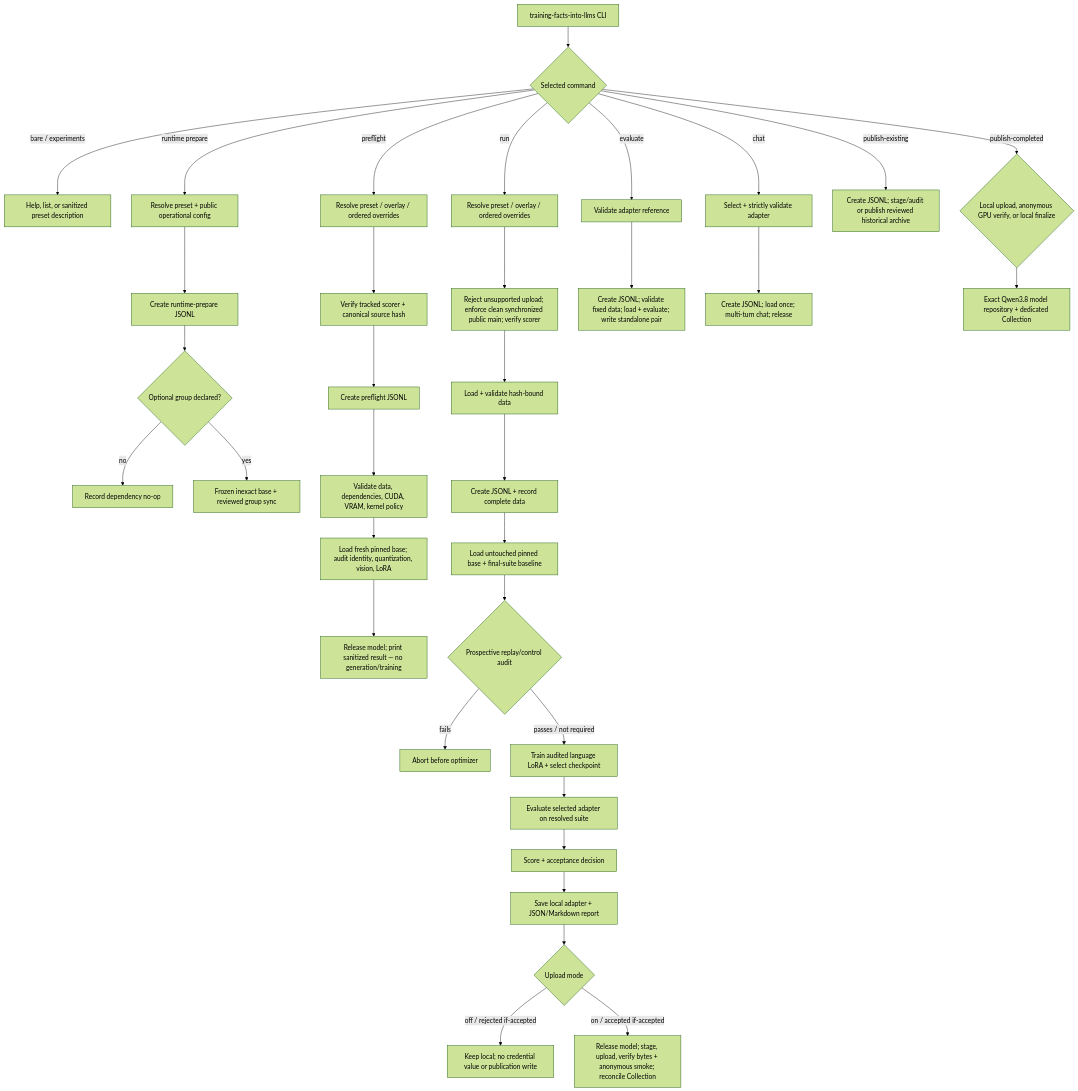
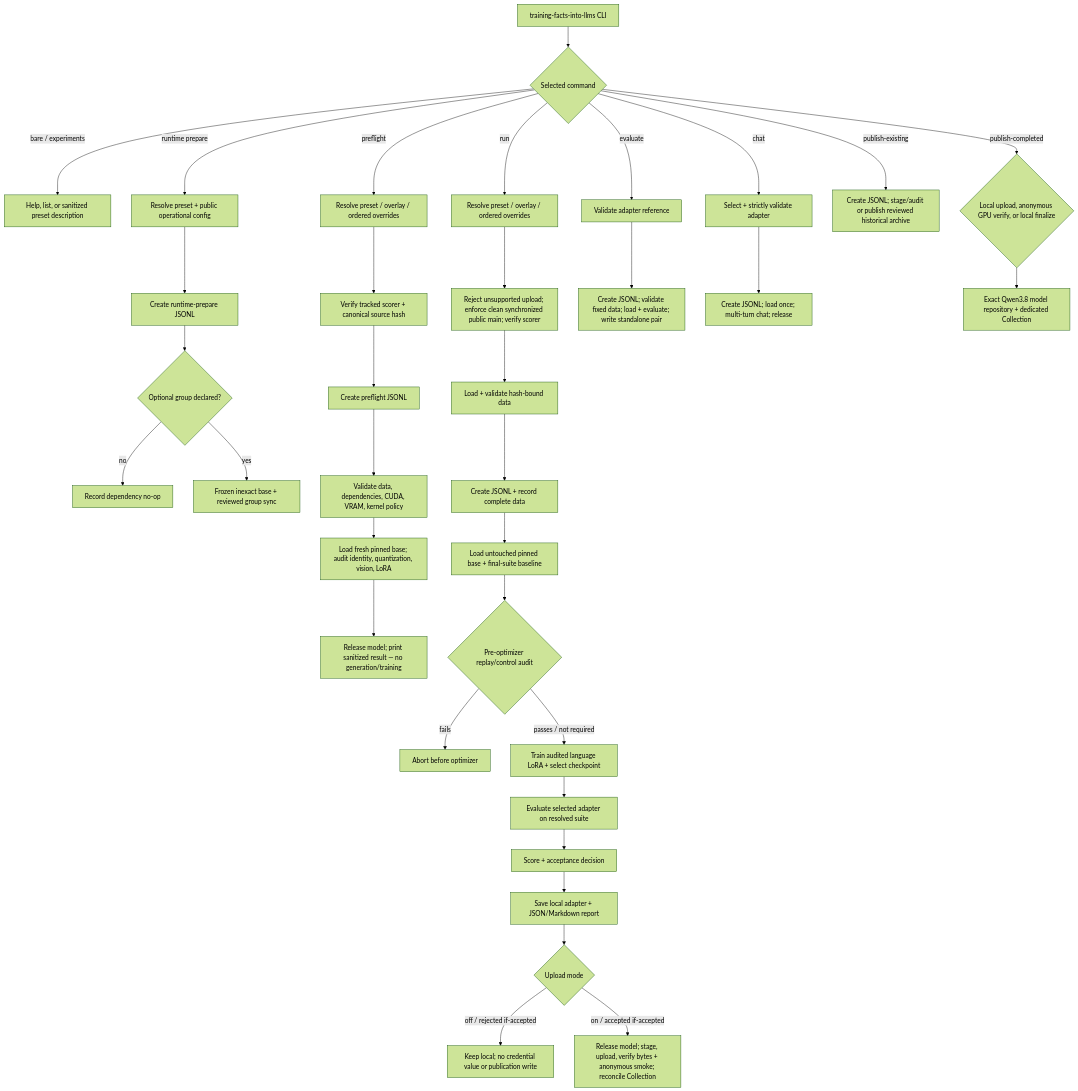
Before and after one commit to BurnyCoder/training-facts-into-llms: the diagram in README.md, drawn with Mermaid (forest theme). The commit also changed other lines of this file and 5 other files, not shown here.

````diff
--- a/README.md
+++ b/README.md
@@ -97,40 +97,40 @@
 ```mermaid
 flowchart TD
     CLI["training-facts-into-llms CLI"] --> KIND{"Selected command"}
     KIND -->|"bare / experiments"| DISC["Help, list, or sanitized preset description"]
     KIND -->|"runtime prepare"| RCFG["Resolve preset + public operational config"]
     RCFG --> RLOG["Create runtime-prepare JSONL"]
     RLOG --> RSYNC{"Optional group declared?"}
     RSYNC -->|"no"| RNOOP["Record dependency no-op"]
     RSYNC -->|"yes"| UVSYNC["Frozen inexact base + reviewed group sync"]
 
     KIND -->|"preflight"| PCFG["Resolve preset / overlay / ordered overrides"]
     PCFG --> PPLUGIN["Verify tracked scorer + canonical source hash"]
     PPLUGIN --> PLOG["Create preflight JSONL"]
     PLOG --> PCHECK["Validate data, dependencies, CUDA, VRAM, kernel policy"]
     PCHECK --> PMODEL["Load fresh pinned base; audit identity, quantization, vision, LoRA"]
     PMODEL --> PRELEASE["Release model; print sanitized result — no generation/training"]
 
     KIND -->|"run"| CFG["Resolve preset / overlay / ordered overrides"]
     CFG --> GATE["Reject unsupported upload; enforce clean synchronized public main; verify scorer"]
     GATE --> DATA["Load + validate hash-bound data"]
     DATA --> RUNLOG["Create JSONL + record complete data"]
     RUNLOG --> BASE["Load untouched pinned base + final-suite baseline"]
-    BASE --> AUDIT{"Prospective replay/control audit"}
+    BASE --> AUDIT{"Pre-optimizer replay/control audit"}
     AUDIT -->|"fails"| ABORT["Abort before optimizer"]
     AUDIT -->|"passes / not required"| TRAIN["Train audited language LoRA + select checkpoint"]
     TRAIN --> TUNED["Evaluate selected adapter on resolved suite"]
     TUNED --> DECIDE["Score + acceptance decision"]
     DECIDE --> SAVE["Save local adapter + JSON/Markdown report"]
     SAVE --> MODE{"Upload mode"}
     MODE -->|"off / rejected if-accepted"| LOCAL["Keep local; no credential value or publication write"]
     MODE -->|"on / accepted if-accepted"| HUB["Release model; stage, upload, verify bytes + anonymous smoke; reconcile Collection"]
 
     KIND -->|"evaluate"| EREF["Validate adapter reference"]
     EREF --> ELOG["Create JSONL; validate fixed data; load + evaluate; write standalone pair"]
     KIND -->|"chat"| CREF["Select + strictly validate adapter"]
     CREF --> CLOG["Create JSONL; load once; multi-turn chat; release"]
     KIND -->|"publish-existing"| HLOG["Create JSONL; stage/audit or publish reviewed historical archive"]
     KIND -->|"publish-completed"| Q38PUB{"Local upload, anonymous GPU verify, or local finalize"}
     Q38PUB --> Q38MODEL["Exact Qwen3.8 model repository + dedicated Collection"]
 ```
````
